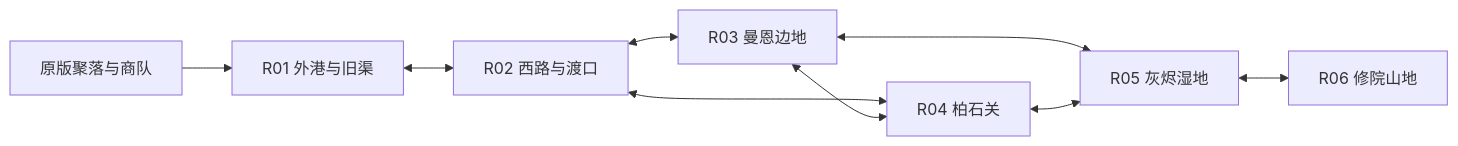
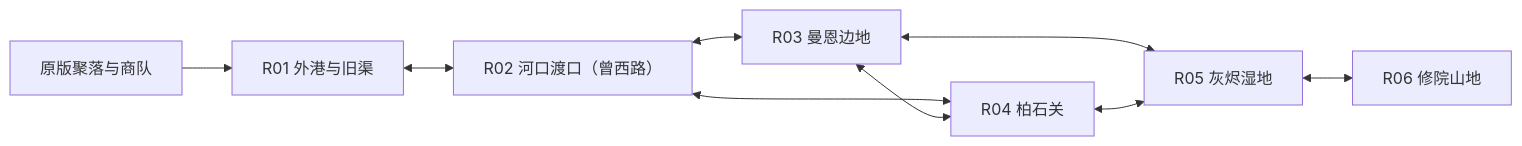
One commit to Xzaohui/Stoneshard_mod changed the diagram in design/02_世界与地图/地图扩张总图.md. Above: the diagram before and after it, drawn with Mermaid. The commit also changed other lines of this file and 32 other files, not shown here.

````diff
--- a/design/02_世界与地图/地图扩张总图.md
+++ b/design/02_世界与地图/地图扩张总图.md
@@ -47,11 +47,11 @@
 ```mermaid
 flowchart LR
     Base["原版聚落与商队"] --> R01["R01 外港与旧渠"]
-    R01 <--> R02["R02 西路与渡口"]
+    R01 <--> R02["R02 河口渡口（曾西路）"]
     R02 <--> R03["R03 曼恩边地"]
     R02 <--> R04["R04 柏石关"]
     R03 <--> R04
     R03 <--> R05["R05 灰烬湿地"]
     R04 <--> R05
     R05 <--> R06["R06 修院山地"]
 ```
````
